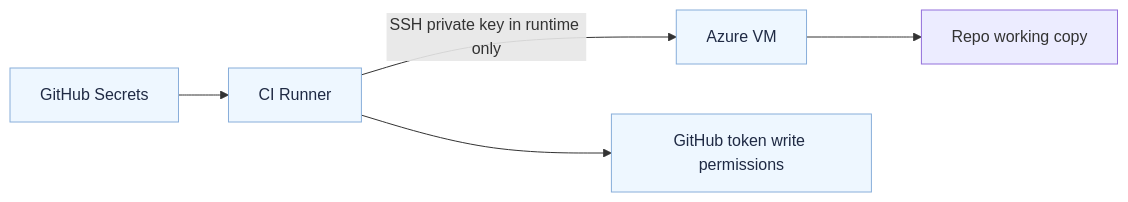
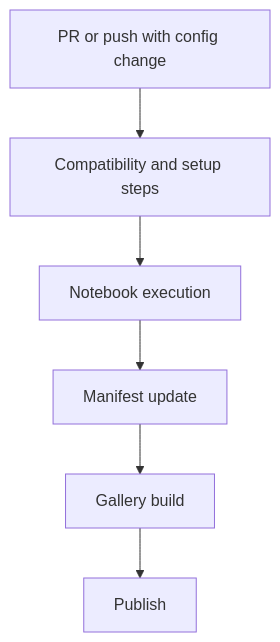
Before and after one commit to Aaryan-Dadu/tardis-proposal-demo: the diagram in docs/DESIGN.md, drawn with Mermaid. The commit also changed other lines of this file and 19 other files, not shown here.

````diff
--- a/docs/DESIGN.md
+++ b/docs/DESIGN.md
@@ -292,10 +17,8 @@
 ```mermaid
-flowchart LR
-   A[GitHub Secrets] --> B[CI Runner]
-   B -->|SSH private key in runtime only| C[Azure VM]
-   C --> D[Repo working copy]
-   B --> E[GitHub token write permissions]
-
-   classDef trust fill:#eef7ff,stroke:#88aeda,color:#1f2a44;
-   class A,B,C,E trust;
+flowchart TD
+    A[PR or push with config change] --> B[Compatibility and setup steps]
+    B --> C[Notebook execution]
+    C --> D[Manifest update]
+    D --> E[Gallery build]
+    E --> F[Publish]
 ```
````
